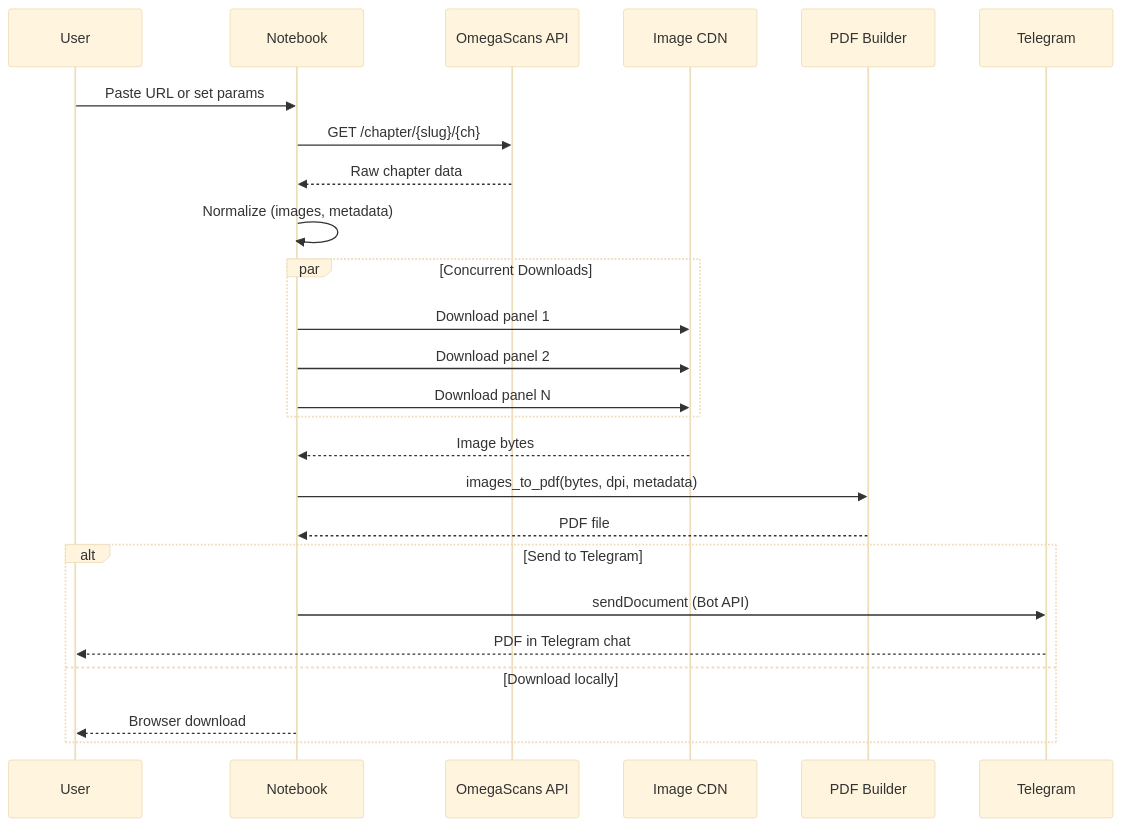
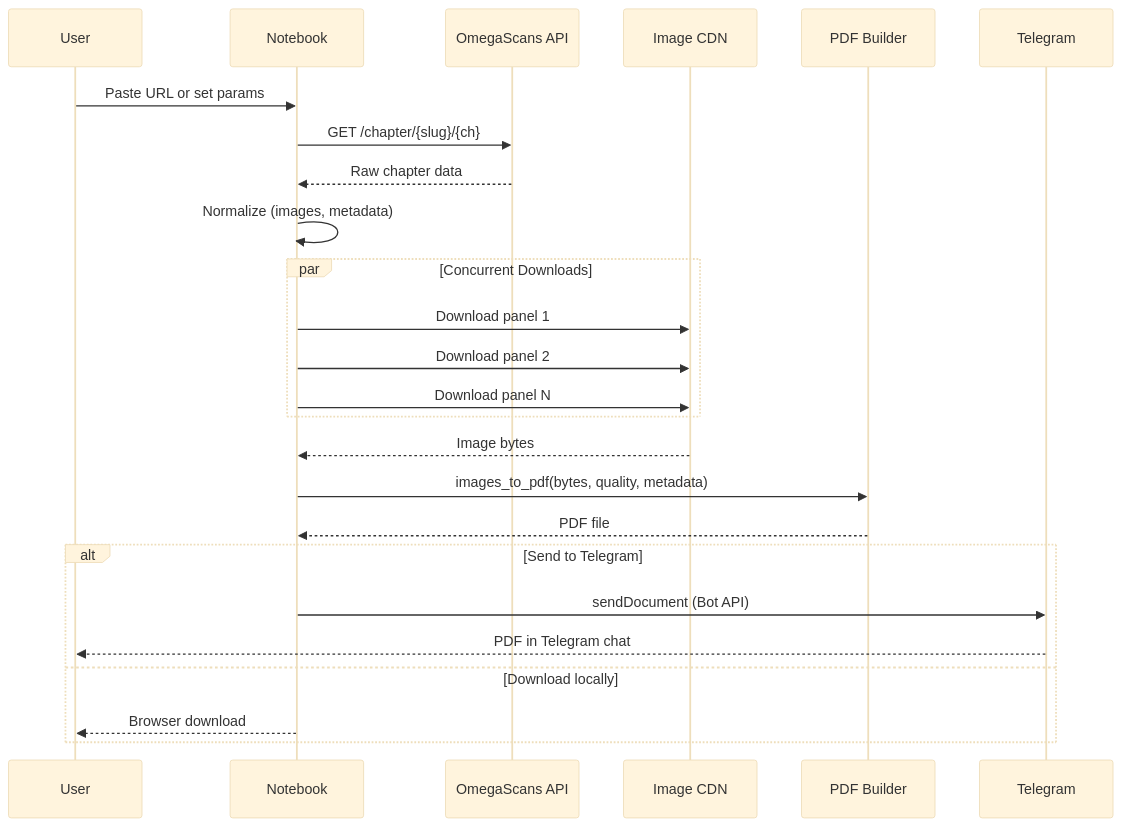
The second of 3 diagrams in README.md (Shineii86/OmegaPDF), drawn with Mermaid (base theme) before and after one commit. The commit also changed other lines of this file and 5 other files, not shown here.

````diff
--- a/README.md
+++ b/README.md
@@ -197,31 +197,31 @@
 ```mermaid
 sequenceDiagram
     participant U as User
     participant NB as Notebook
     participant OS as OmegaScans API
     participant CDN as Image CDN
     participant PDF as PDF Builder
     participant TG as Telegram
 
     U->>NB: Paste URL or set params
     NB->>OS: GET /chapter/{slug}/{ch}
     OS-->>NB: Raw chapter data
     NB->>NB: Normalize (images, metadata)
 
     par Concurrent Downloads
         NB->>CDN: Download panel 1
         NB->>CDN: Download panel 2
         NB->>CDN: Download panel N
     end
     CDN-->>NB: Image bytes
 
-    NB->>PDF: images_to_pdf(bytes, dpi, metadata)
+    NB->>PDF: images_to_pdf(bytes, quality, metadata)
     PDF-->>NB: PDF file
 
     alt Send to Telegram
         NB->>TG: sendDocument (Bot API)
         TG-->>U: PDF in Telegram chat
     else Download locally
         NB-->>U: Browser download
     end
 ```
````
